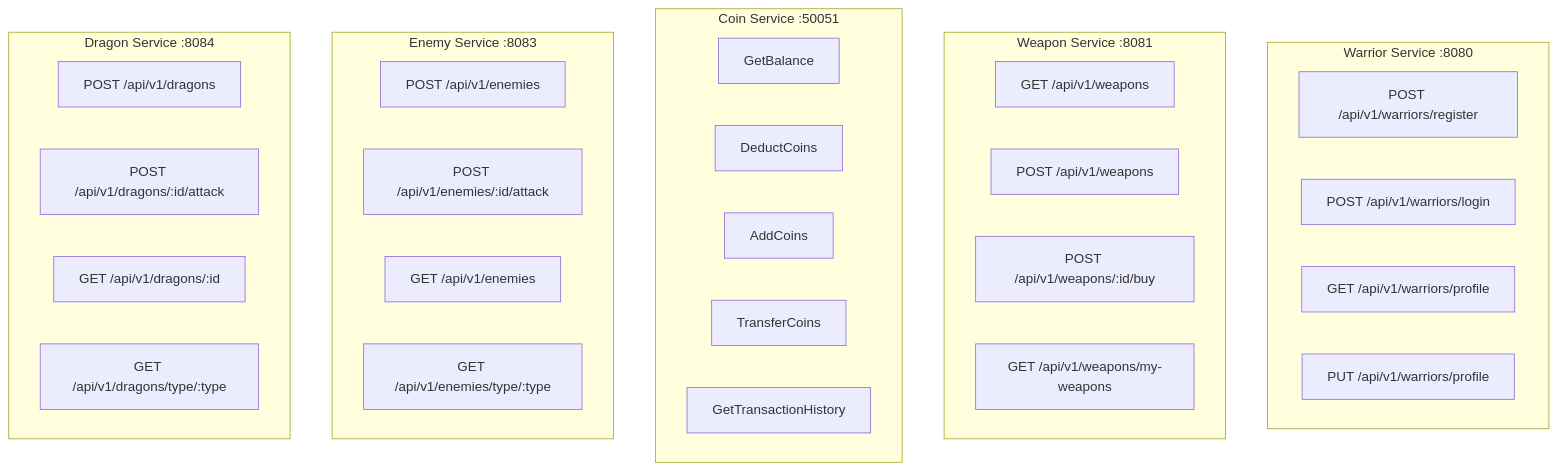
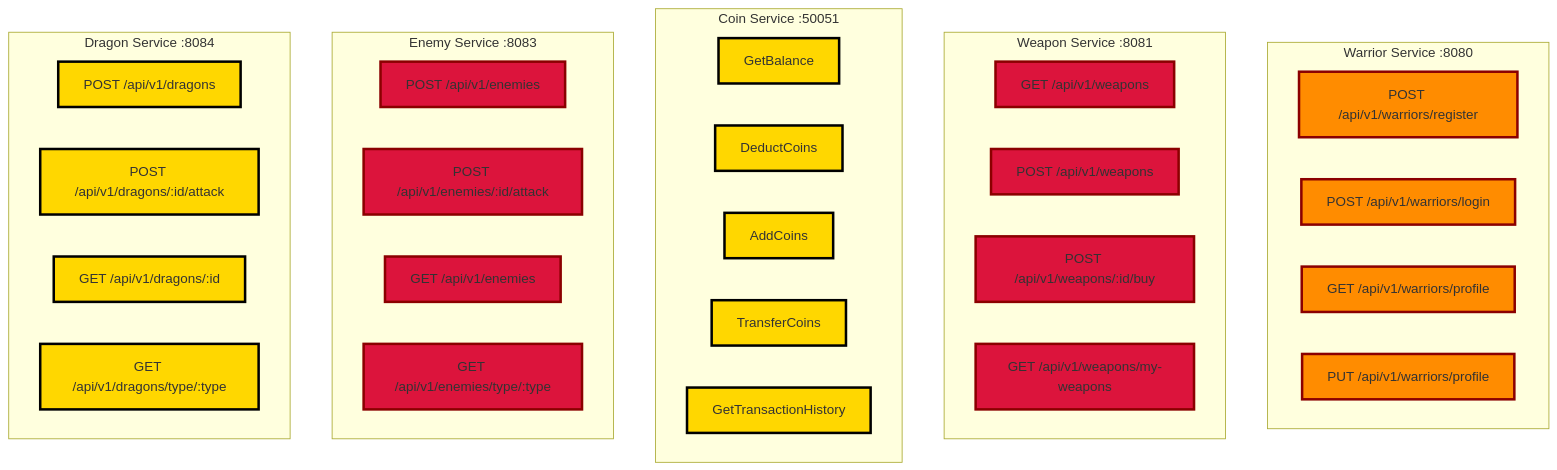
The seventh of 8 diagrams in README.md (tiraten-bot/network-sec-micro), drawn with Mermaid before and after one commit. The commit also changed other lines of this file, not shown here.

Commit message:
Enhance README.md with updated service communication flow, database architecture, and API endpoint diagrams. Add styling for various components to improve visual clarity and consistency.

````diff
--- a/README.md
+++ b/README.md
@@ -291,38 +336,60 @@
 ```mermaid
 graph TB
     subgraph "Warrior Service :8080"
         W1[POST /api/v1/warriors/register]
         W2[POST /api/v1/warriors/login]
         W3[GET /api/v1/warriors/profile]
         W4[PUT /api/v1/warriors/profile]
     end
     
     subgraph "Weapon Service :8081"
         WP1[GET /api/v1/weapons]
         WP2[POST /api/v1/weapons]
         WP3[POST /api/v1/weapons/:id/buy]
         WP4[GET /api/v1/weapons/my-weapons]
     end
     
     subgraph "Coin Service :50051"
         C1[GetBalance]
         C2[DeductCoins]
         C3[AddCoins]
         C4[TransferCoins]
         C5[GetTransactionHistory]
     end
     
     subgraph "Enemy Service :8083"
         E1[POST /api/v1/enemies]
         E2[POST /api/v1/enemies/:id/attack]
         E3[GET /api/v1/enemies]
         E4[GET /api/v1/enemies/type/:type]
     end
     
     subgraph "Dragon Service :8084"
         D1[POST /api/v1/dragons]
         D2[POST /api/v1/dragons/:id/attack]
         D3[GET /api/v1/dragons/:id]
         D4[GET /api/v1/dragons/type/:type]
     end
+    
+    style W1 fill:#FF8C00,stroke:#8B0000,stroke-width:3px
+    style W2 fill:#FF8C00,stroke:#8B0000,stroke-width:3px
+    style W3 fill:#FF8C00,stroke:#8B0000,stroke-width:3px
+    style W4 fill:#FF8C00,stroke:#8B0000,stroke-width:3px
+    style WP1 fill:#DC143C,stroke:#8B0000,stroke-width:3px
+    style WP2 fill:#DC143C,stroke:#8B0000,stroke-width:3px
+    style WP3 fill:#DC143C,stroke:#8B0000,stroke-width:3px
+    style WP4 fill:#DC143C,stroke:#8B0000,stroke-width:3px
+    style C1 fill:#FFD700,stroke:#000000,stroke-width:3px
+    style C2 fill:#FFD700,stroke:#000000,stroke-width:3px
+    style C3 fill:#FFD700,stroke:#000000,stroke-width:3px
+    style C4 fill:#FFD700,stroke:#000000,stroke-width:3px
+    style C5 fill:#FFD700,stroke:#000000,stroke-width:3px
+    style E1 fill:#DC143C,stroke:#8B0000,stroke-width:3px
+    style E2 fill:#DC143C,stroke:#8B0000,stroke-width:3px
+    style E3 fill:#DC143C,stroke:#8B0000,stroke-width:3px
+    style E4 fill:#DC143C,stroke:#8B0000,stroke-width:3px
+    style D1 fill:#FFD700,stroke:#000000,stroke-width:3px
+    style D2 fill:#FFD700,stroke:#000000,stroke-width:3px
+    style D3 fill:#FFD700,stroke:#000000,stroke-width:3px
+    style D4 fill:#FFD700,stroke:#000000,stroke-width:3px
 ```
````
